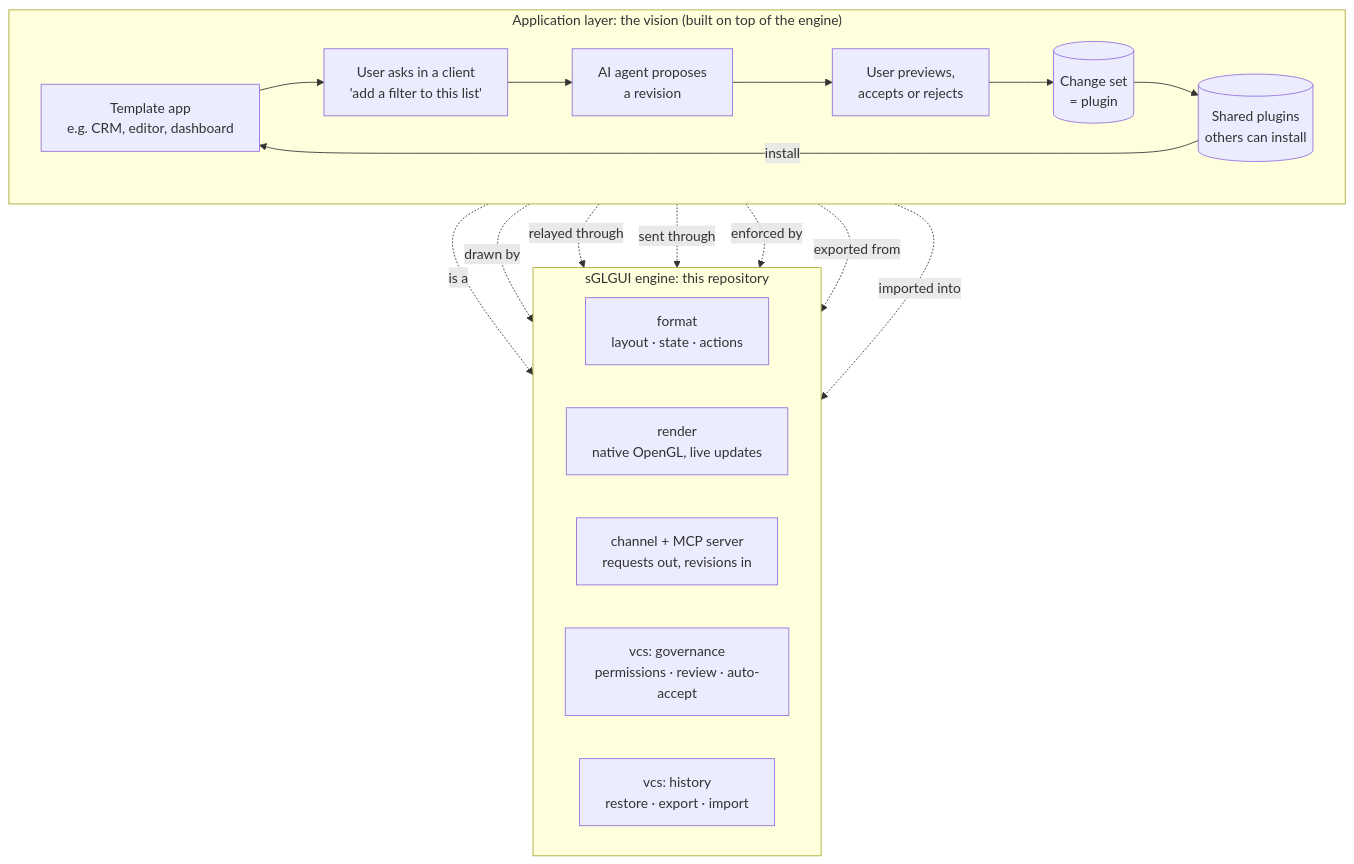
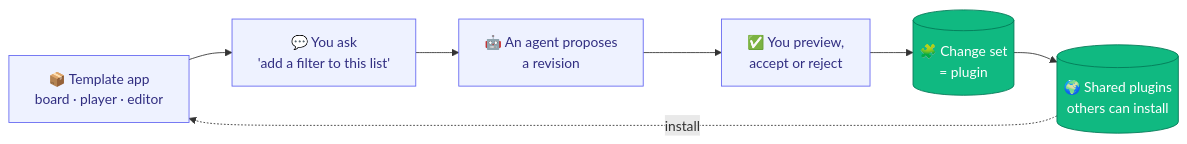
Before and after one commit to RiccardoSottini/AffrescoUI: the fourth of 5 diagrams in README.md, drawn with Mermaid. The commit also changed other lines of this file and 65 other files, not shown here.

````diff
--- a/README.md
+++ b/README.md
@@ -173,31 +375,16 @@
 ```mermaid
-flowchart TB
-    subgraph vision["Application layer: the vision (built on top of the engine)"]
-        direction LR
-        template["Template app<br/>e.g. CRM, editor, dashboard"]
-        ask["User asks in a client<br/>'add a filter to this list'"]
-        propose["AI agent proposes<br/>a revision"]
-        approve["User previews,<br/>accepts or rejects"]
-        plugin[("Change set<br/>= plugin")]
-        catalogue[("Shared plugins<br/>others can install")]
-        template --> ask --> propose --> approve --> plugin --> catalogue
-        catalogue -->|install| template
-    end
+flowchart LR
+    template["📦 Template app<br/>board · player · editor"]
+    ask["💬 You ask<br/>'add a filter to this list'"]
+    propose["🤖 An agent proposes<br/>a revision"]
+    approve["✅ You preview,<br/>accept or reject"]
+    plugin[("🧩 Change set<br/>= plugin")]
+    catalogue[("🌍 Shared plugins<br/>others can install")]
+    template --> ask --> propose --> approve --> plugin --> catalogue
+    catalogue -. "install" .-> template
 
-    subgraph engine["sGLGUI engine: this repository"]
-        direction LR
-        format["format<br/>layout · state · actions"]
-        renderer["render<br/>native OpenGL, live updates"]
-        stream["channel + MCP server<br/>requests out, revisions in"]
-        governance["vcs: governance<br/>permissions · review · auto-accept"]
-        history["vcs: history<br/>restore · export · import"]
-    end
-
-    template -.->|is a| format
-    template -.->|drawn by| renderer
-    ask -.->|relayed through| stream
-    propose -.->|sent through| stream
-    approve -.->|enforced by| governance
-    plugin -.->|exported from| history
-    catalogue -.->|imported into| history
+    classDef step fill:#EEF2FF,stroke:#6366F1,color:#312E81
+    classDef win fill:#10B981,stroke:#047857,color:#fff
+    class template,ask,propose,approve step
+    class plugin,catalogue win
 ```
````
